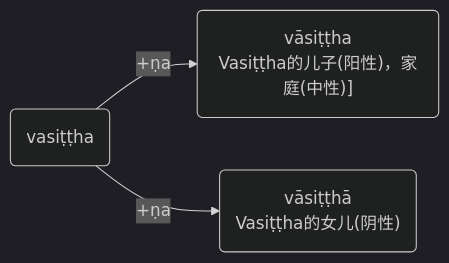
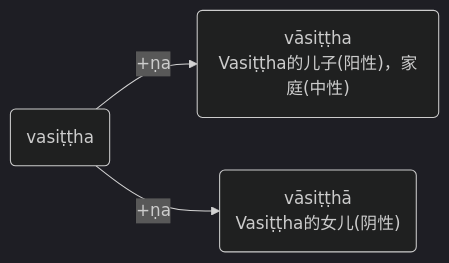
Diagram 34 of 42 in src/derivative/bheda.md (iapt-platform/pali-handbook), drawn with Mermaid (dark theme) before and after one commit. The commit also changed other lines of this file, not shown here.

```diff
--- a/src/derivative/bheda.md
+++ b/src/derivative/bheda.md
@@ -253,8 +302,8 @@
 <div class="mermaid">
 flowchart LR
 X("vasiṭṭha")
-Y1("vāsiṭṭha<br>Vasiṭṭha的儿子(阳性)，家庭(中性)]")
+Y1("vāsiṭṭha<br>Vasiṭṭha的儿子(阳性)，家庭(中性)")
 Y2("vāsiṭṭhā<br>Vasiṭṭha的女儿(阴性)")
 X--"+ṇa"-->Y1
 X--"+ṇa"-->Y2
 </div> 
```
